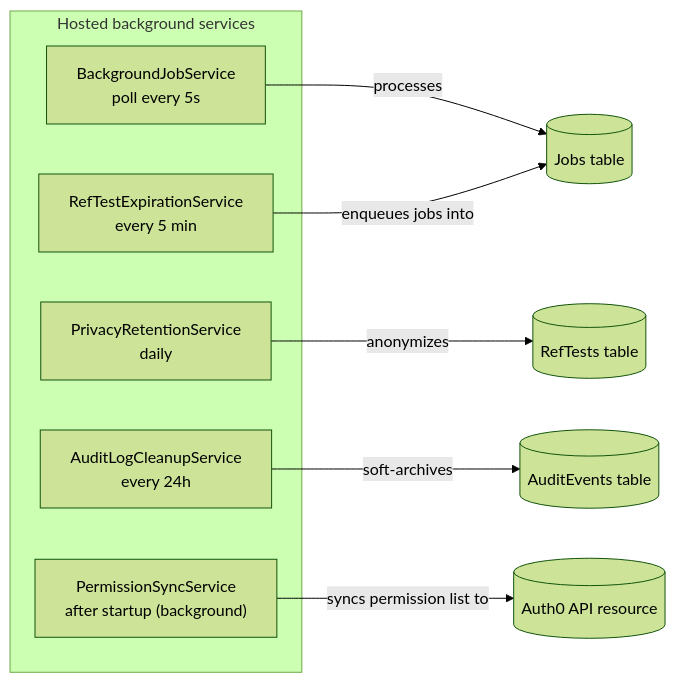
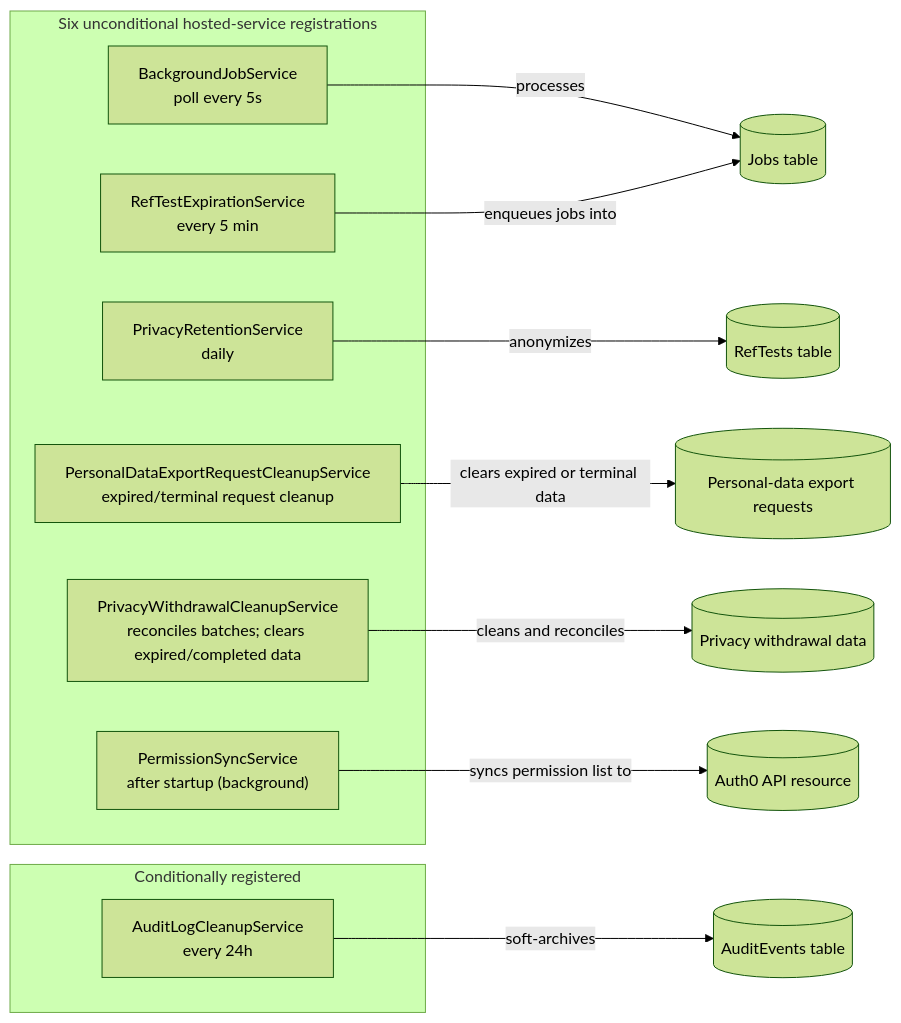
One commit to handballbelgium-referees/ref-test-management changed the first of 6 diagrams in docs/ARCHITECTURE-DIAGRAM.md. Above: the diagram before and after it, drawn with Mermaid (forest theme). The commit also changed other lines of this file and 6 other files, not shown here.

````diff
--- a/docs/ARCHITECTURE-DIAGRAM.md
+++ b/docs/ARCHITECTURE-DIAGRAM.md
@@ -9,21 +11,30 @@
 ```mermaid
 flowchart LR
-    subgraph Hosted["Hosted background services"]
+    subgraph Hosted["Six unconditional hosted-service registrations"]
         BJS["BackgroundJobService\npoll every 5s"]
         RES["RefTestExpirationService\nevery 5 min"]
         PRS["PrivacyRetentionService\ndaily"]
+        PEDCS["PersonalDataExportRequestCleanupService\nexpired/terminal request cleanup"]
+        PWCS["PrivacyWithdrawalCleanupService\nreconciles batches; clears expired/completed data"]
+        PSS["PermissionSyncService\nafter startup (background)"]
+    end
+
+    subgraph Conditional["Conditionally registered"]
         ALCS["AuditLogCleanupService\nevery 24h"]
-        PSS["PermissionSyncService\nafter startup (background)"]
     end
 
     Jobs[("Jobs table")]
     RefTests[("RefTests table")]
     AuditEvents[("AuditEvents table")]
+    ExportRequests[("Personal-data export requests")]
+    WithdrawalRequests[("Privacy withdrawal data")]
     Auth0API[("Auth0 API resource")]
 
     BJS -->|processes| Jobs
     RES -->|enqueues jobs into| Jobs
     PRS -->|anonymizes| RefTests
+    PEDCS -->|clears expired or terminal data| ExportRequests
+    PWCS -->|cleans and reconciles| WithdrawalRequests
     ALCS -->|soft-archives| AuditEvents
     PSS -->|syncs permission list to| Auth0API
 ```
````
